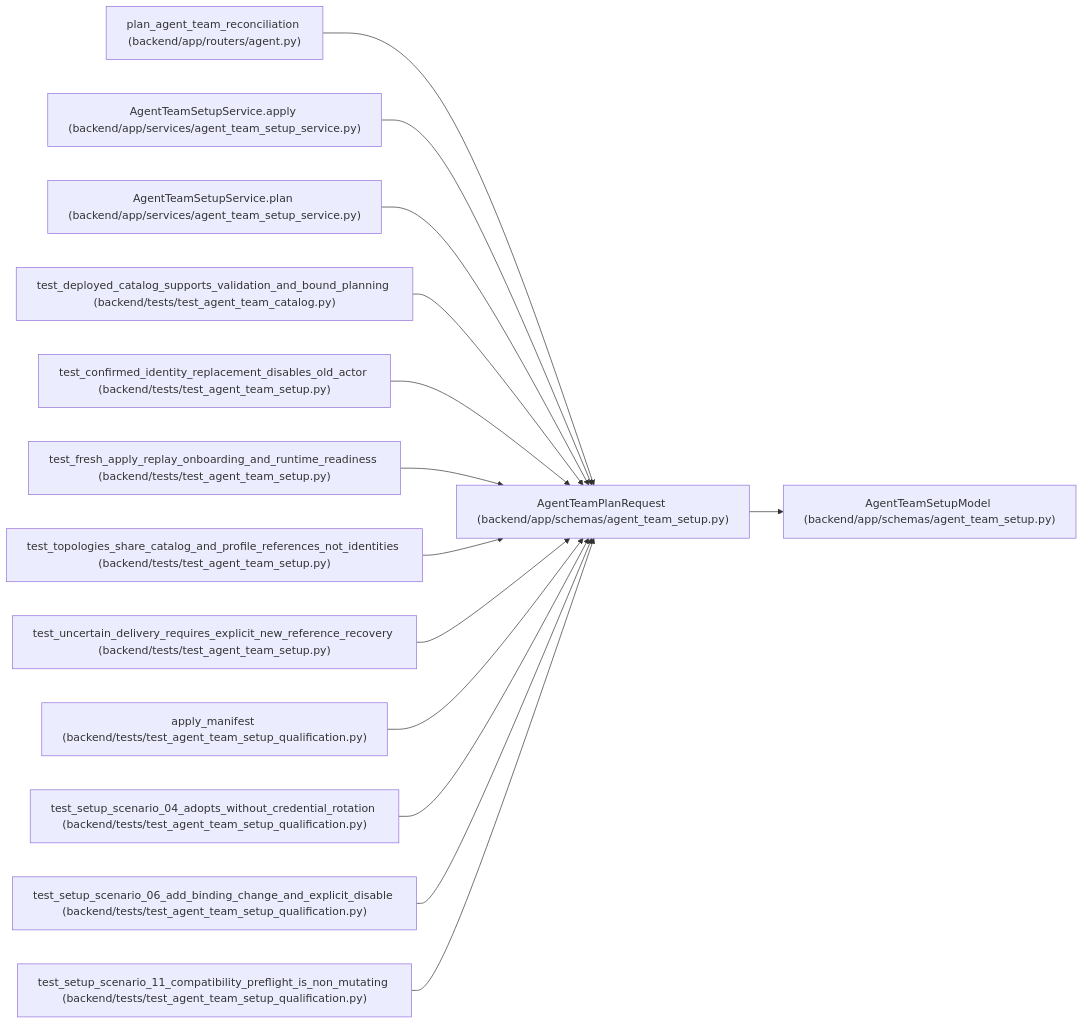
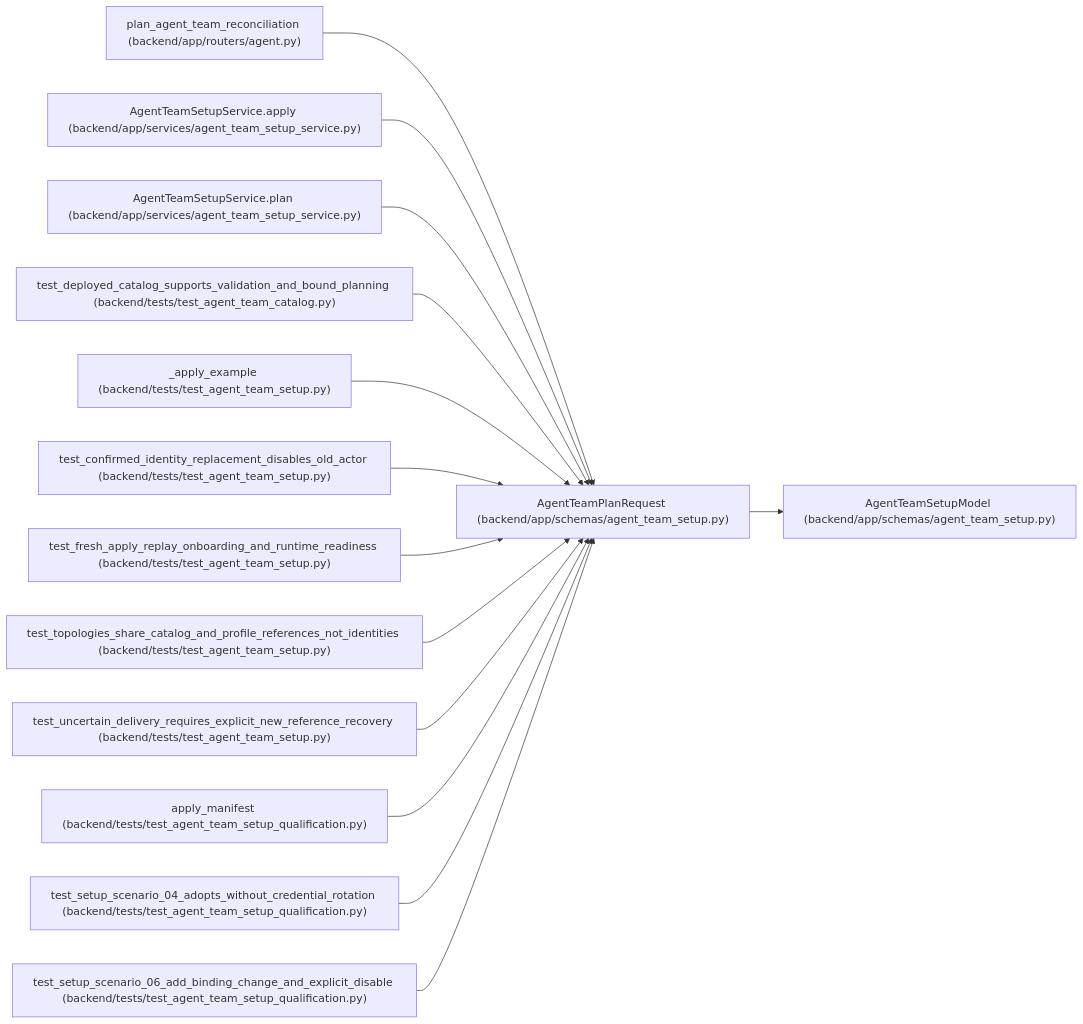
Before and after one commit to Denissvgn/WorkChord: the diagram in docs/llm_wiki/entities/AgentTeamPlanRequest.md, drawn with Mermaid. The commit also changed other lines of this file and 1817 other files, not shown here.

First line of the commit message:
Refresh the architectural wiki for the 1.9.0 changes

````diff
--- a/docs/llm_wiki/entities/AgentTeamPlanRequest.md
+++ b/docs/llm_wiki/entities/AgentTeamPlanRequest.md
@@ -26,44 +26,44 @@
 ```mermaid
 flowchart LR
     n0["AgentTeamPlanRequest (backend/app/schemas/agent_team_setup.py)"]
     n1["AgentTeamSetupModel (backend/app/schemas/agent_team_setup.py)"]
     n2["plan_agent_team_reconciliation (backend/app/routers/agent.py)"]
     n3["AgentTeamSetupService.apply (backend/app/services/agent_team_setup_service.py)"]
     n4["AgentTeamSetupService.plan (backend/app/services/agent_team_setup_service.py)"]
     n5["test_deployed_catalog_supports_validation_and_bound_planning (backend/tests/test_agent_team_catalog.py)"]
-    n6["test_confirmed_identity_replacement_disables_old_actor (backend/tests/test_agent_team_setup.py)"]
-    n7["test_fresh_apply_replay_onboarding_and_runtime_readiness (backend/tests/test_agent_team_setup.py)"]
-    n8["test_topologies_share_catalog_and_profile_references_not_identities (backend/tests/test_agent_team_setup.py)"]
-    n9["test_uncertain_delivery_requires_explicit_new_reference_recovery (backend/tests/test_agent_team_setup.py)"]
-    n10["apply_manifest (backend/tests/test_agent_team_setup_qualification.py)"]
-    n11["test_setup_scenario_04_adopts_without_credential_rotation (backend/tests/test_agent_team_setup_qualification.py)"]
-    n12["test_setup_scenario_06_add_binding_change_and_explicit_disable (backend/tests/test_agent_team_setup_qualification.py)"]
-    n13["test_setup_scenario_11_compatibility_preflight_is_non_mutating (backend/tests/test_agent_team_setup_qualification.py)"]
+    n6["_apply_example (backend/tests/test_agent_team_setup.py)"]
+    n7["test_confirmed_identity_replacement_disables_old_actor (backend/tests/test_agent_team_setup.py)"]
+    n8["test_fresh_apply_replay_onboarding_and_runtime_readiness (backend/tests/test_agent_team_setup.py)"]
+    n9["test_topologies_share_catalog_and_profile_references_not_identities (backend/tests/test_agent_team_setup.py)"]
+    n10["test_uncertain_delivery_requires_explicit_new_reference_recovery (backend/tests/test_agent_team_setup.py)"]
+    n11["apply_manifest (backend/tests/test_agent_team_setup_qualification.py)"]
+    n12["test_setup_scenario_04_adopts_without_credential_rotation (backend/tests/test_agent_team_setup_qualification.py)"]
+    n13["test_setup_scenario_06_add_binding_change_and_explicit_disable (backend/tests/test_agent_team_setup_qualification.py)"]
     n0 --> n1
     n2 --> n0
     n3 --> n0
     n4 --> n0
     n5 --> n0
     n6 --> n0
     n7 --> n0
     n8 --> n0
     n9 --> n0
     n10 --> n0
     n11 --> n0
     n12 --> n0
     n13 --> n0
     click n0 "../modules/agent_team_setup.md"
     click n1 "../modules/agent_team_setup.md"
     click n2 "../modules/routers_agent.md"
     click n3 "../modules/agent_team_setup_service.md"
     click n4 "../modules/agent_team_setup_service.md"
     click n5 "../modules/test_agent_team_catalog.md"
     click n6 "../modules/test_agent_team_setup.md"
     click n7 "../modules/test_agent_team_setup.md"
     click n8 "../modules/test_agent_team_setup.md"
     click n9 "../modules/test_agent_team_setup.md"
-    click n10 "../modules/test_agent_team_setup_qualification.md"
+    click n10 "../modules/test_agent_team_setup.md"
     click n11 "../modules/test_agent_team_setup_qualification.md"
     click n12 "../modules/test_agent_team_setup_qualification.md"
     click n13 "../modules/test_agent_team_setup_qualification.md"
 ```
````
